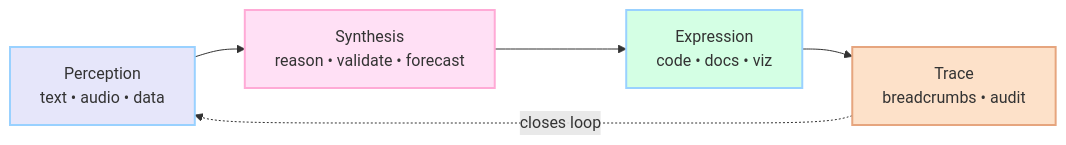
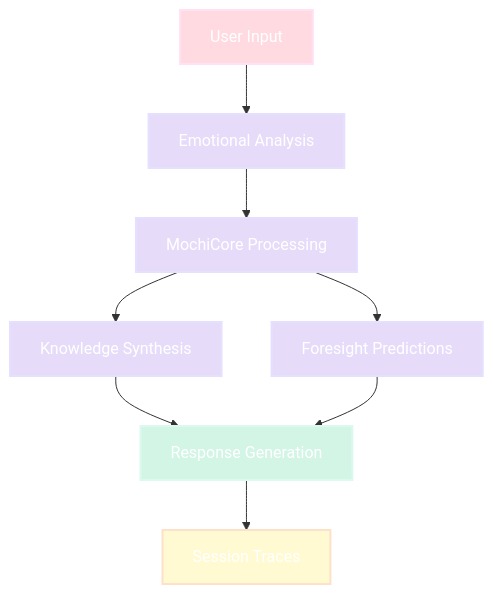
One commit to Cazzy-Aporbo/Mochi-Moo changed the diagram in README.md. Above: the diagram before and after it, drawn with Mermaid. The commit also changed other lines of this file, not shown here.

````diff
--- a/README.md
+++ b/README.md
@@ -153,11 +117,21 @@
 ```mermaid
-flowchart LR
-  P[Perception<br/>text • audio • data] --> S[Synthesis<br/>reason • validate • forecast]
-  S --> E[Expression<br/>code • docs • viz]
-  E --> T[Trace<br/>breadcrumbs • audit]
-  T -. closes loop .-> P
-  style P fill:#E6E6FA,stroke:#99D1FF,stroke-width:2px
-  style S fill:#FFE0F5,stroke:#FFAAD6,stroke-width:2px
-  style E fill:#D4FFE4,stroke:#99D1FF,stroke-width:2px
-  style T fill:#FDE1C9,stroke:#E6A57E,stroke-width:2px
+graph TB
+    classDef input fill:#FFDAE0,stroke:#FFE0F5,stroke-width:2px,color:#fff
+    classDef process fill:#E6DCFA,stroke:#E6E0FF,stroke-width:2px,color:#fff
+    classDef output fill:#D2F5E6,stroke:#DCF9F0,stroke-width:2px,color:#fff
+    classDef storage fill:#FFFAD2,stroke:#FDE1C9,stroke-width:2px,color:#fff
+
+    A[User Input]:::input
+    B[Emotional Analysis]:::process
+    C[MochiCore Processing]:::process
+    D[Knowledge Synthesis]:::process
+    E[Foresight Predictions]:::process
+    F[Response Generation]:::output
+    G[Session Traces]:::storage
+    
+    A --> B
+    B --> C
+    C --> D & E
+    D & E --> F
+    F --> G
 ```
````
